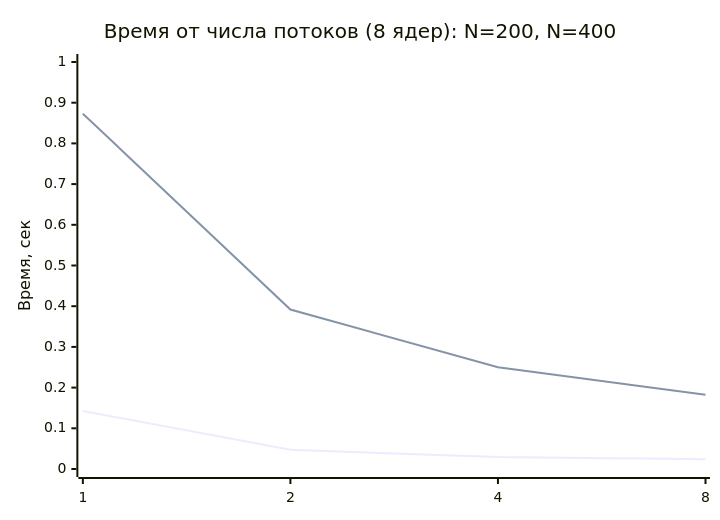
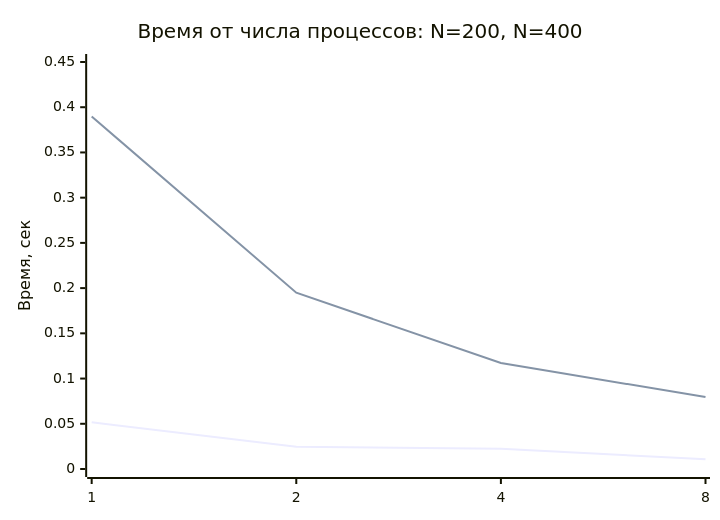
The first of 6 diagrams in README.md (sanek4338/Parallelnoe_Programming), drawn with Mermaid before and after one commit. The commit also changed other lines of this file and 2 other files, not shown here.

````diff
--- a/README.md
+++ b/README.md
@@ -128,8 +91,8 @@
 ```mermaid
 xychart-beta
-    title "Время от числа потоков (8 ядер): N=200, N=400"
+    title "Время от числа процессов: N=200, N=400"
     x-axis [1, 2, 4, 8]
-    y-axis "Время, сек" 0 --> 1
-    line "N=200" [0.142411, 0.047173, 0.029307, 0.024178]
-    line "N=400" [0.873004, 0.391784, 0.250063, 0.182351]
+    y-axis "Время, сек" 0 --> 0.45
+    line "N=200" [0.051636, 0.024686, 0.022407, 0.010757]
+    line "N=400" [0.389792, 0.194983, 0.117163, 0.079563]
 ```
````
